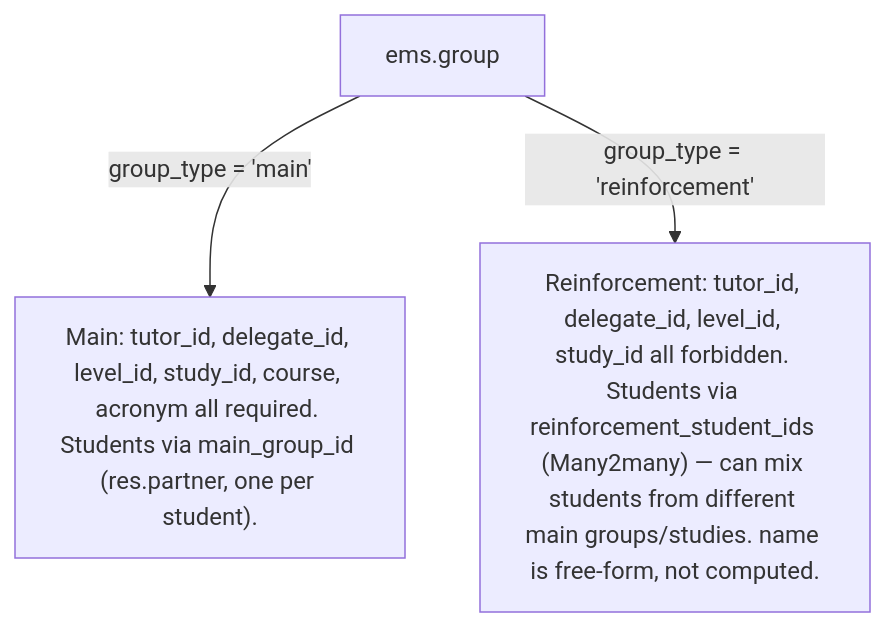
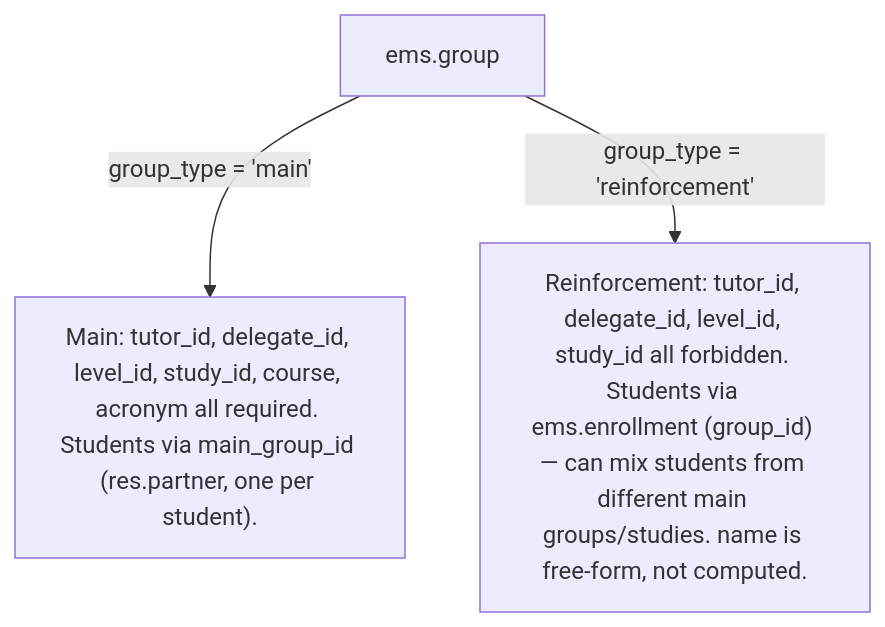
The eighth of 8 diagrams in docs/en/developers/employees/working_schedule.md (ElPuig/IMS), drawn with Mermaid before and after one commit. The commit also changed other lines of this file and 10 other files, not shown here.

````diff
--- a/docs/en/developers/employees/working_schedule.md
+++ b/docs/en/developers/employees/working_schedule.md
@@ -1717,5 +1717,5 @@
 ```mermaid
 graph TD
     G["ems.group"] -->|group_type = 'main'| M["Main: tutor_id, delegate_id, level_id, study_id, course, acronym all required. Students via main_group_id (res.partner, one per student)."]
-    G -->|group_type = 'reinforcement'| R["Reinforcement: tutor_id, delegate_id, level_id, study_id all forbidden. Students via reinforcement_student_ids (Many2many) — can mix students from different main groups/studies. name is free-form, not computed."]
+    G -->|group_type = 'reinforcement'| R["Reinforcement: tutor_id, delegate_id, level_id, study_id all forbidden. Students via ems.enrollment (group_id) — can mix students from different main groups/studies. name is free-form, not computed."]
 ```
````
